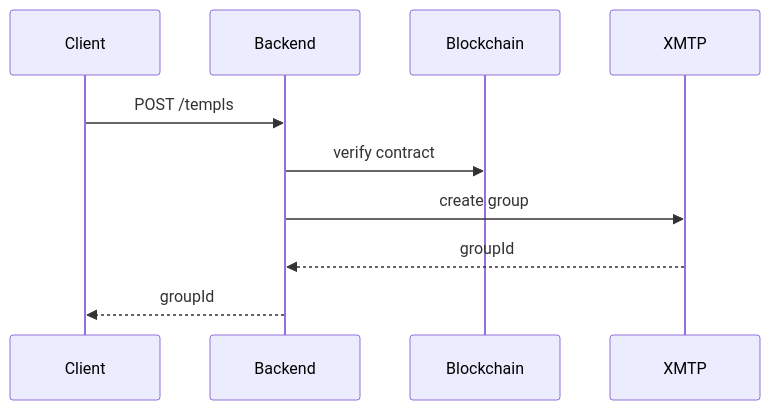
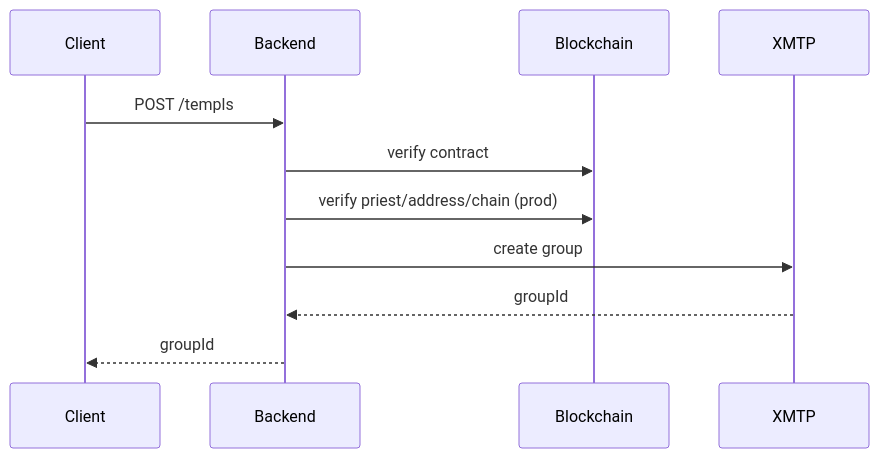
Before and after one commit to templ-fun/templ-evm-protocol: the first of 2 diagrams in BACKEND.md, drawn with Mermaid. The commit also changed other lines of this file and 9 other files, not shown here.

````diff
--- a/BACKEND.md
+++ b/BACKEND.md
@@ -79,13 +86,14 @@
 ```mermaid
 sequenceDiagram
     participant C as Client
     participant B as Backend
     participant CHAIN as Blockchain
     participant X as XMTP
 
     C->>B: POST /templs
     B->>CHAIN: verify contract
+    B->>CHAIN: verify priest/address/chain (prod)
     B->>X: create group
     X-->>B: groupId
     B-->>C: groupId
 ```
````
